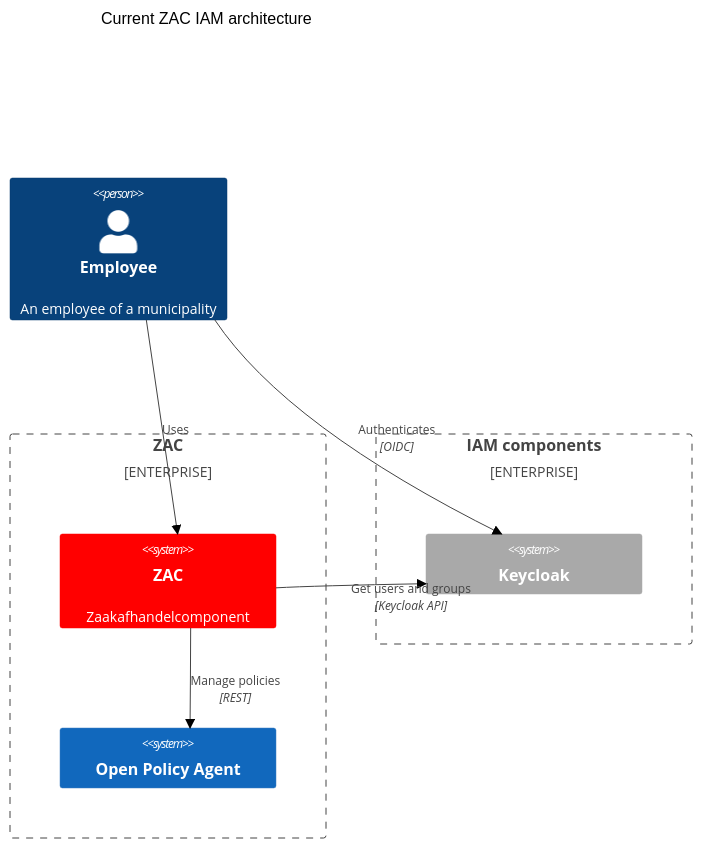
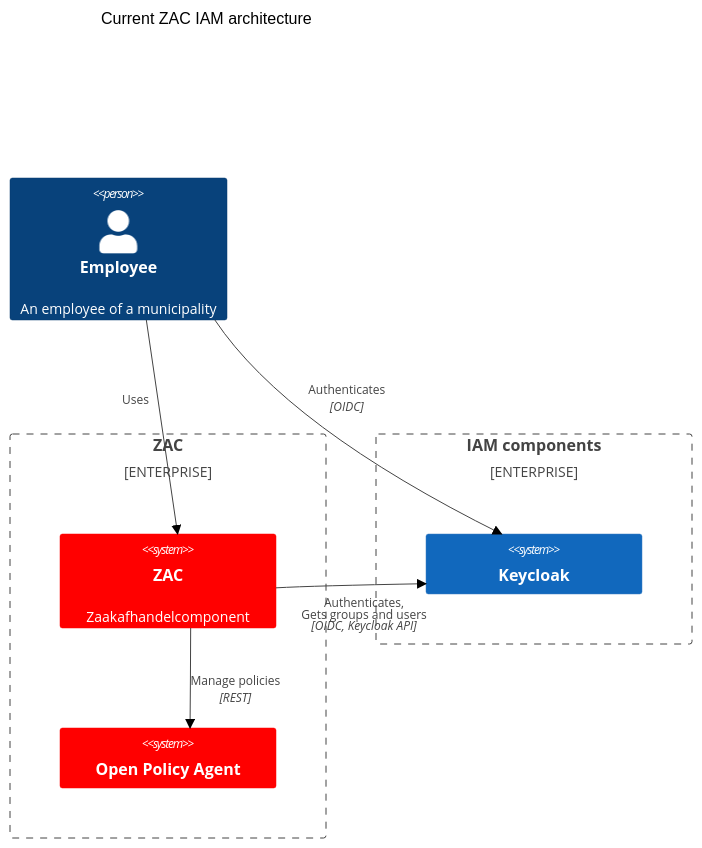
One commit to infonl/dimpact-zaakafhandelcomponent changed the first of 4 diagrams in docs/solution-architecture/iamArchitecture.md. Above: the diagram before and after it, drawn with Mermaid (neutral theme). The commit also changed other lines of this file, not shown here.

Commit message:
docs: updated the IAM architecture docs a little because they were slightly outdated

````diff
--- a/docs/solution-architecture/iamArchitecture.md
+++ b/docs/solution-architecture/iamArchitecture.md
@@ -7,26 +7,29 @@
 ```mermaid
 C4Context
     title Current ZAC IAM architecture
 
     Person(Employee, "Employee", "An employee of a municipality")
     
     Enterprise_Boundary(b1, "ZAC") {
         System(ZAC, "ZAC", "Zaakafhandelcomponent")
         System(OPA, "Open Policy Agent")
     }
 
     Enterprise_Boundary(b2, "IAM components") {
         System(Keycloak, "Keycloak")
     }
 
     Rel(Employee, ZAC, "Uses")
     Rel(Employee, Keycloak, "Authenticates", "OIDC")
-    Rel(ZAC, Keycloak, "Uses", "OIDC")
-    Rel(ZAC, Keycloak, "Get users and groups", "Keycloak API")
+    Rel(ZAC, Keycloak, "Authenticates,<br/>Gets groups and users", "OIDC, Keycloak API")
     Rel(ZAC, OPA, "Manage policies", "REST")
 
     UpdateElementStyle(ZAC, $bgColor="red", $borderColor="red")
-    UpdateElementStyle(Keycloak, $bgColor="darkgrey", $borderColor="darkgrey")
+    UpdateElementStyle(OPA, $bgColor="red", $borderColor="red")
+    
+    UpdateRelStyle(Employee, ZAC, $offsetX="-40", $offsetY="-30")
+    UpdateRelStyle(Employee, Keycloak, $offsetX="-50", $offsetY="-40")
+    UpdateRelStyle(ZAC, Keycloak, $offsetX="-50", $offsetY="20")
 
     UpdateLayoutConfig($c4ShapeInRow="1", $c4BoundaryInRow="2")
 ```
````
